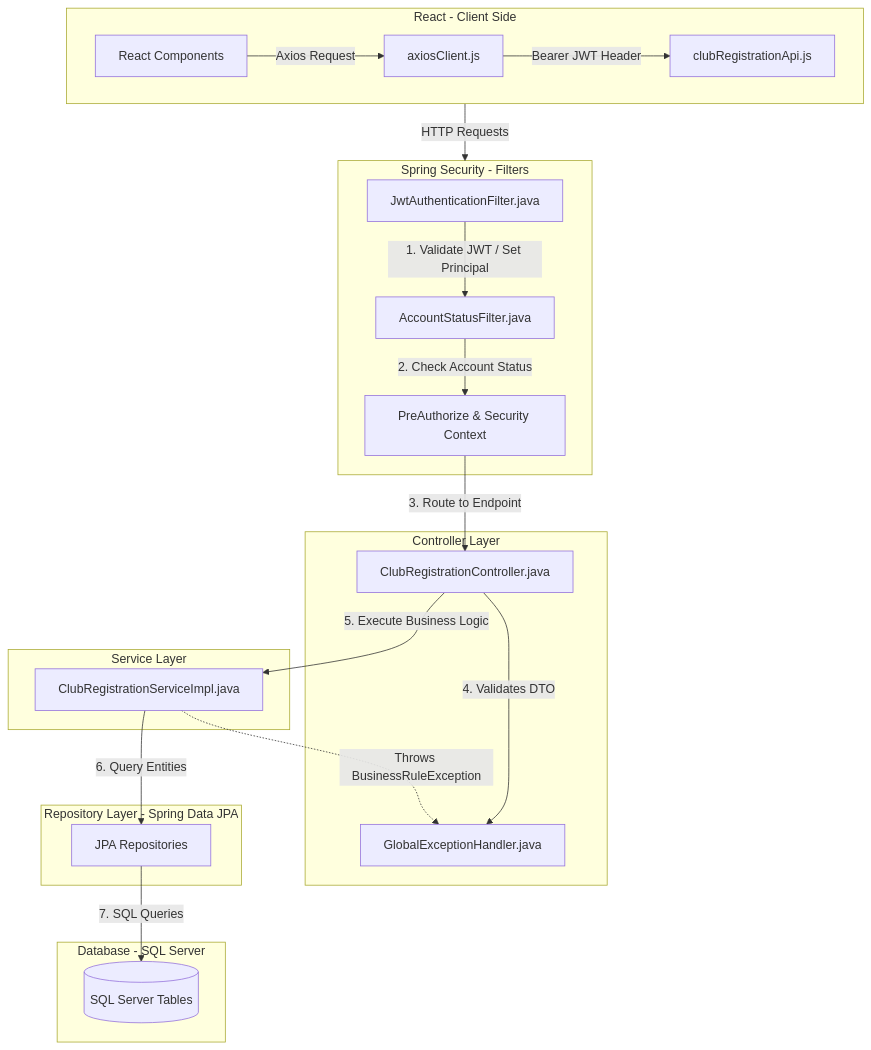
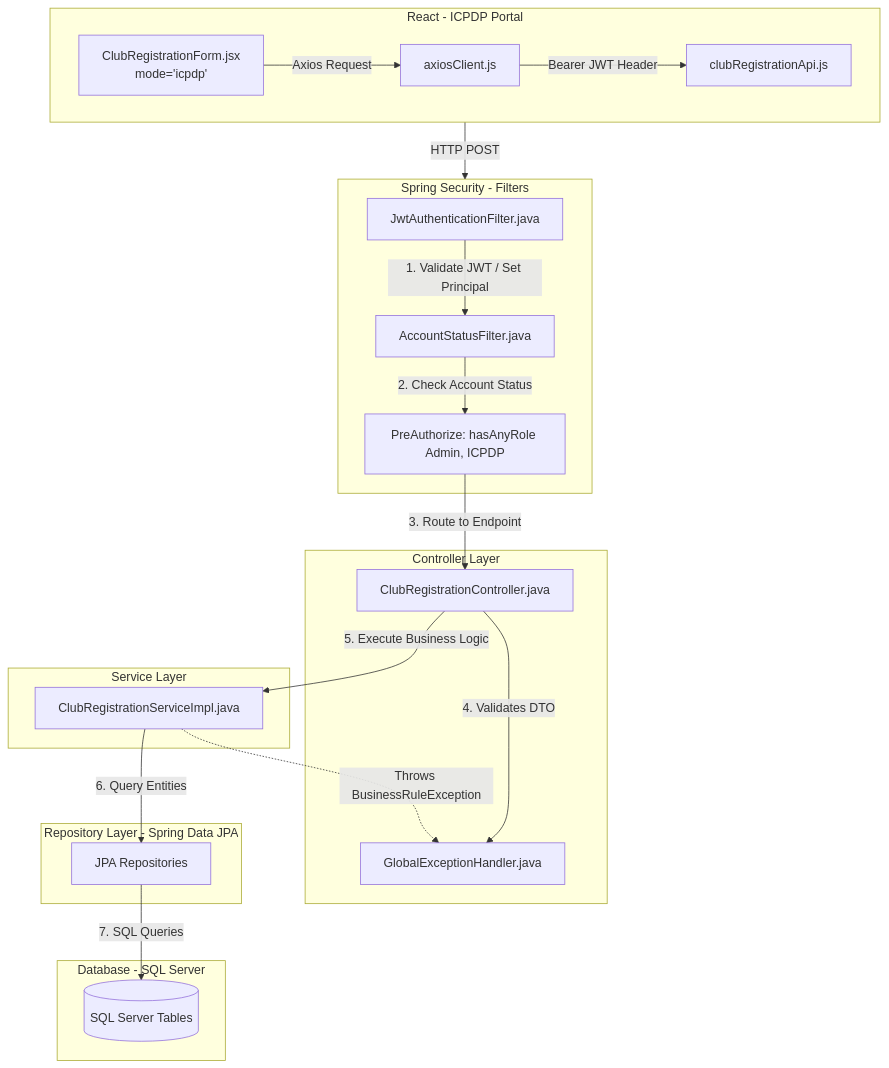
One commit to lehoanglong192965/FPTCLB_Managerment changed the first of 2 diagrams in a.md. Above: the diagram before and after it, drawn with Mermaid. The commit also changed other lines of this file, not shown here.

Commit message:
docs: Cập nhật luồng tạo CLB tự động cho ICPDP

````diff
--- a/a.md
+++ b/a.md
@@ -11,32 +12,32 @@
 ```mermaid
 graph TD
-    subgraph Frontend [React - Client Side]
-        UI[React Components] -->|Axios Request| AC[axiosClient.js]
+    subgraph Frontend [React - ICPDP Portal]
+        UI[ClubRegistrationForm.jsx<br/>mode='icpdp'] -->|Axios Request| AC[axiosClient.js]
         AC -->|Bearer JWT Header| API[clubRegistrationApi.js]
     end
 
     subgraph SecurityFilters [Spring Security - Filters]
         JWT[JwtAuthenticationFilter.java] -->|1. Validate JWT / Set Principal| AST[AccountStatusFilter.java]
-        AST -->|2. Check Account Status| SEC[PreAuthorize & Security Context]
+        AST -->|2. Check Account Status| SEC[PreAuthorize: hasAnyRole Admin, ICPDP]
     end
 
     subgraph ControllerLayer [Controller Layer]
         SEC -->|3. Route to Endpoint| CTR[ClubRegistrationController.java]
         CTR -->|4. Validates DTO| EXC[GlobalExceptionHandler.java]
     end
 
     subgraph ServiceLayer [Service Layer]
         CTR -->|5. Execute Business Logic| SVC[ClubRegistrationServiceImpl.java]
     end
 
     subgraph Repositories [Repository Layer - Spring Data JPA]
         SVC -->|6. Query Entities| REPS[JPA Repositories]
     end
 
     subgraph Database [Database - SQL Server]
         REPS -->|7. SQL Queries| DB[(SQL Server Tables)]
     end
 
-    Frontend -->|HTTP Requests| SecurityFilters
+    Frontend -->|HTTP POST| SecurityFilters
     SVC -.->|Throws BusinessRuleException| EXC
 ```
````
